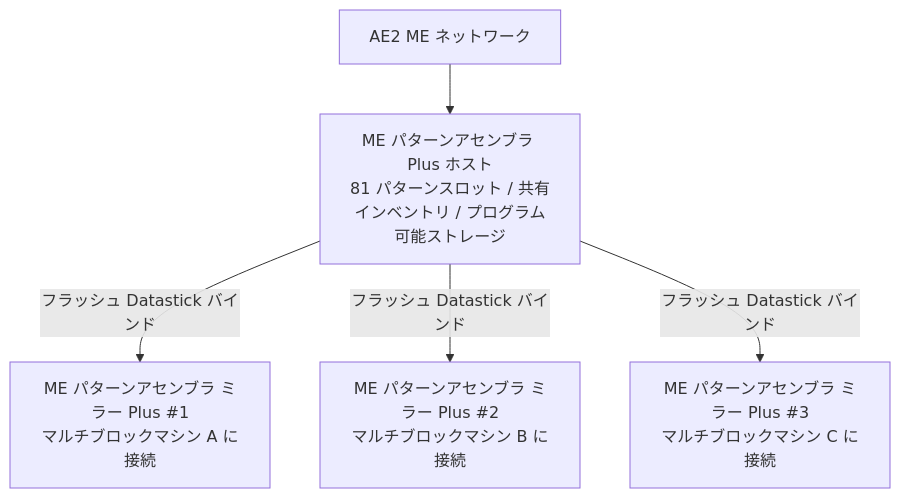
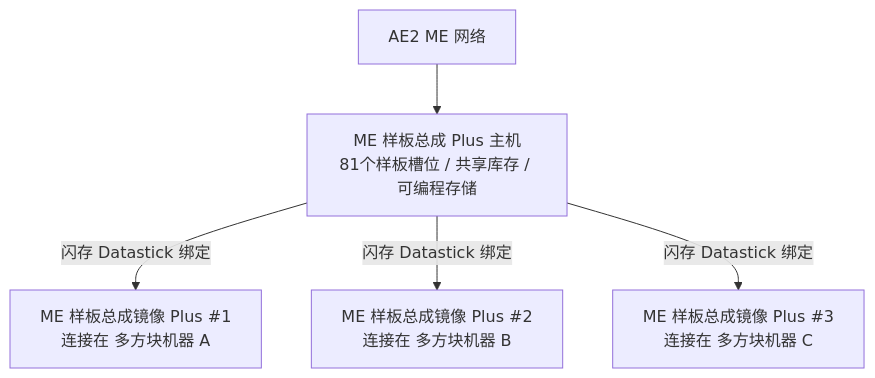
Before and after one commit to takanashisatou/GregtechEasy: the diagram in docs/ja/gtecore/ae2-integration.md, drawn with Mermaid. The commit also changed other lines of this file and 144 other files, not shown here.

````diff
--- a/docs/ja/gtecore/ae2-integration.md
+++ b/docs/ja/gtecore/ae2-integration.md
@@ -13,7 +13,7 @@
 ```mermaid
 graph TD
-    A[AE2 ME ネットワーク] --> B[ME パターンアセンブラ Plus ホスト<br/>81 パターンスロット / 共有インベントリ / プログラム可能ストレージ]
-    B -->|フラッシュ Datastick バインド| C[ME パターンアセンブラ ミラー Plus #1<br/>マルチブロックマシン A に接続]
-    B -->|フラッシュ Datastick バインド| D[ME パターンアセンブラ ミラー Plus #2<br/>マルチブロックマシン B に接続]
-    B -->|フラッシュ Datastick バインド| E[ME パターンアセンブラ ミラー Plus #3<br/>マルチブロックマシン C に接続]
+    A[AE2 ME 网络] --> B[ME 样板总成 Plus 主机<br/>81个样板槽位 / 共享库存 / 可编程存储]
+    B -->|闪存 Datastick 绑定| C[ME 样板总成镜像 Plus #1<br/>连接在 多方块机器 A]
+    B -->|闪存 Datastick 绑定| D[ME 样板总成镜像 Plus #2<br/>连接在 多方块机器 B]
+    B -->|闪存 Datastick 绑定| E[ME 样板总成镜像 Plus #3<br/>连接在 多方块机器 C]
 ```
````
